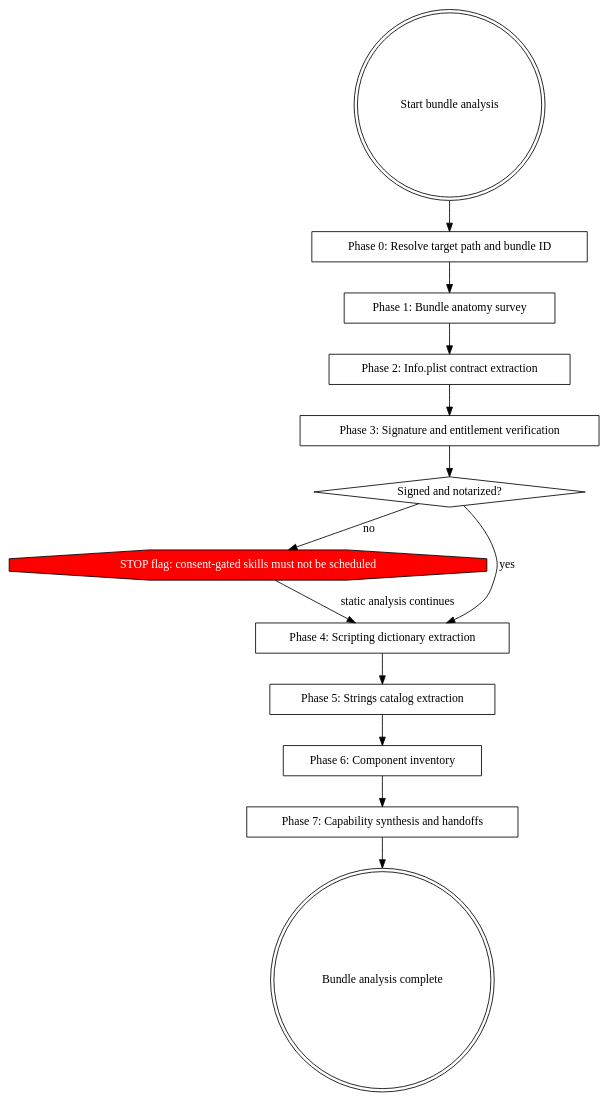
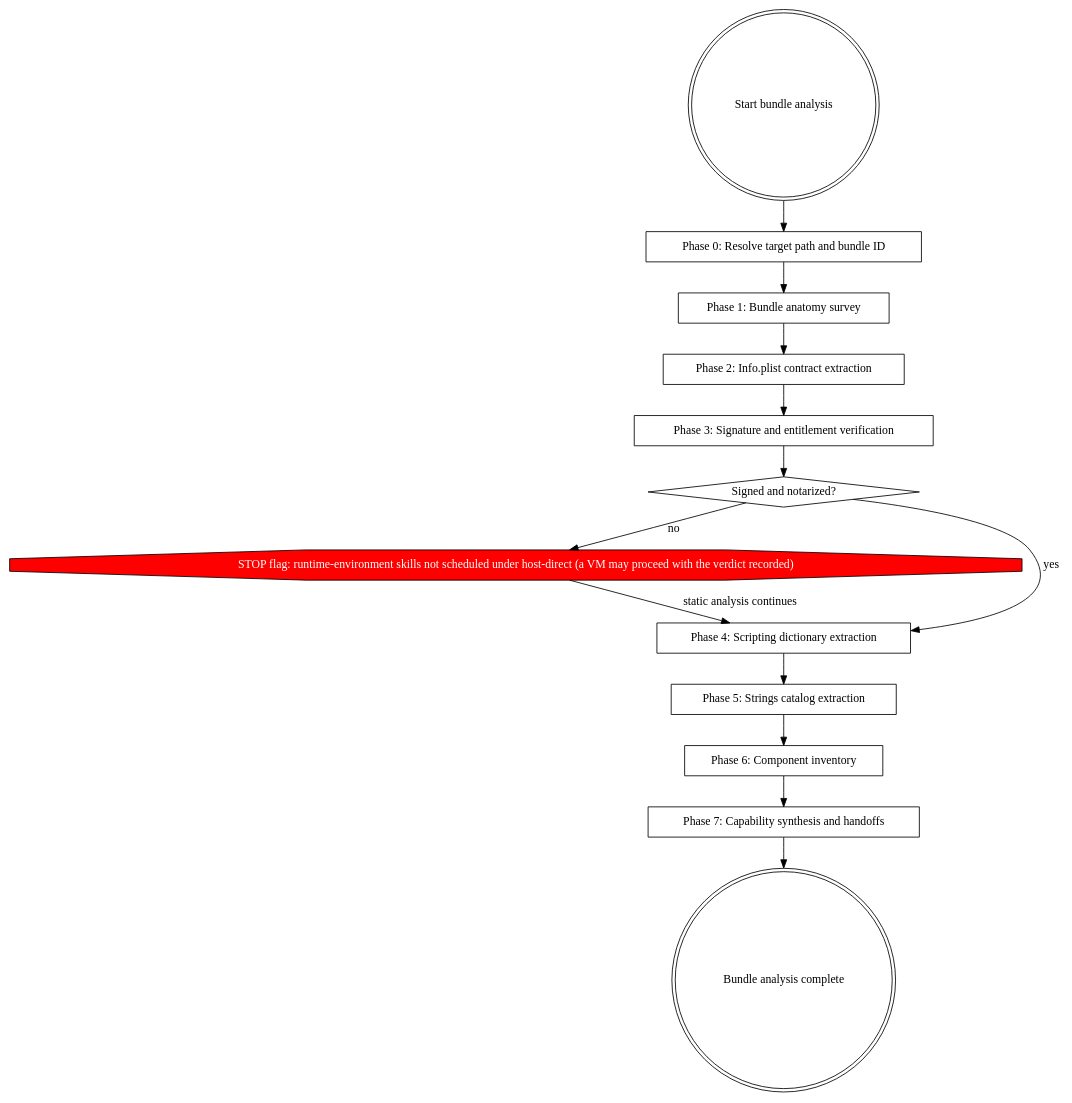
One commit to jacobthemyth/greenfield changed the diagram in skills/macos-bundle-analysis/SKILL.md. Above: the diagram before and after it, drawn with Graphviz. The commit also changed other lines of this file and 6 other files, not shown here.

First line of the commit message:
feat(skills): executed-binary fidelity + runtime-environment vocabulary sweep

````diff
--- a/skills/macos-bundle-analysis/SKILL.md
+++ b/skills/macos-bundle-analysis/SKILL.md
@@ -44,31 +44,31 @@
 ```dot
 digraph macos_bundle_analysis {
     rankdir=TB;
 
     "Start bundle analysis" [shape=doublecircle];
     "Phase 0: Resolve target path and bundle ID" [shape=box];
     "Phase 1: Bundle anatomy survey" [shape=box];
     "Phase 2: Info.plist contract extraction" [shape=box];
     "Phase 3: Signature and entitlement verification" [shape=box];
     "Signed and notarized?" [shape=diamond];
-    "STOP flag: consent-gated skills must not be scheduled" [shape=octagon, style=filled, fillcolor=red, fontcolor=white];
+    "STOP flag: runtime-environment skills not scheduled under host-direct (a VM may proceed with the verdict recorded)" [shape=octagon, style=filled, fillcolor=red, fontcolor=white];
     "Phase 4: Scripting dictionary extraction" [shape=box];
     "Phase 5: Strings catalog extraction" [shape=box];
     "Phase 6: Component inventory" [shape=box];
     "Phase 7: Capability synthesis and handoffs" [shape=box];
     "Bundle analysis complete" [shape=doublecircle];
 
     "Start bundle analysis" -> "Phase 0: Resolve target path and bundle ID";
     "Phase 0: Resolve target path and bundle ID" -> "Phase 1: Bundle anatomy survey";
     "Phase 1: Bundle anatomy survey" -> "Phase 2: Info.plist contract extraction";
     "Phase 2: Info.plist contract extraction" -> "Phase 3: Signature and entitlement verification";
     "Phase 3: Signature and entitlement verification" -> "Signed and notarized?";
     "Signed and notarized?" -> "Phase 4: Scripting dictionary extraction" [label="yes"];
-    "Signed and notarized?" -> "STOP flag: consent-gated skills must not be scheduled" [label="no"];
-    "STOP flag: consent-gated skills must not be scheduled" -> "Phase 4: Scripting dictionary extraction" [label="static analysis continues"];
+    "Signed and notarized?" -> "STOP flag: runtime-environment skills not scheduled under host-direct (a VM may proceed with the verdict recorded)" [label="no"];
+    "STOP flag: runtime-environment skills not scheduled under host-direct (a VM may proceed with the verdict recorded)" -> "Phase 4: Scripting dictionary extraction" [label="static analysis continues"];
     "Phase 4: Scripting dictionary extraction" -> "Phase 5: Strings catalog extraction";
     "Phase 5: Strings catalog extraction" -> "Phase 6: Component inventory";
     "Phase 6: Component inventory" -> "Phase 7: Capability synthesis and handoffs";
     "Phase 7: Capability synthesis and handoffs" -> "Bundle analysis complete";
 }
 ```
````
